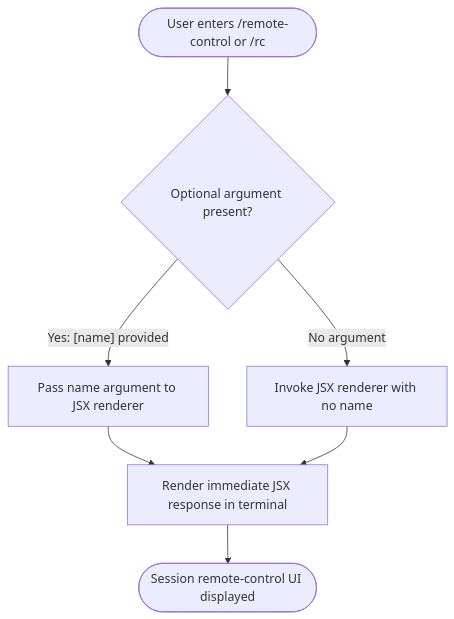
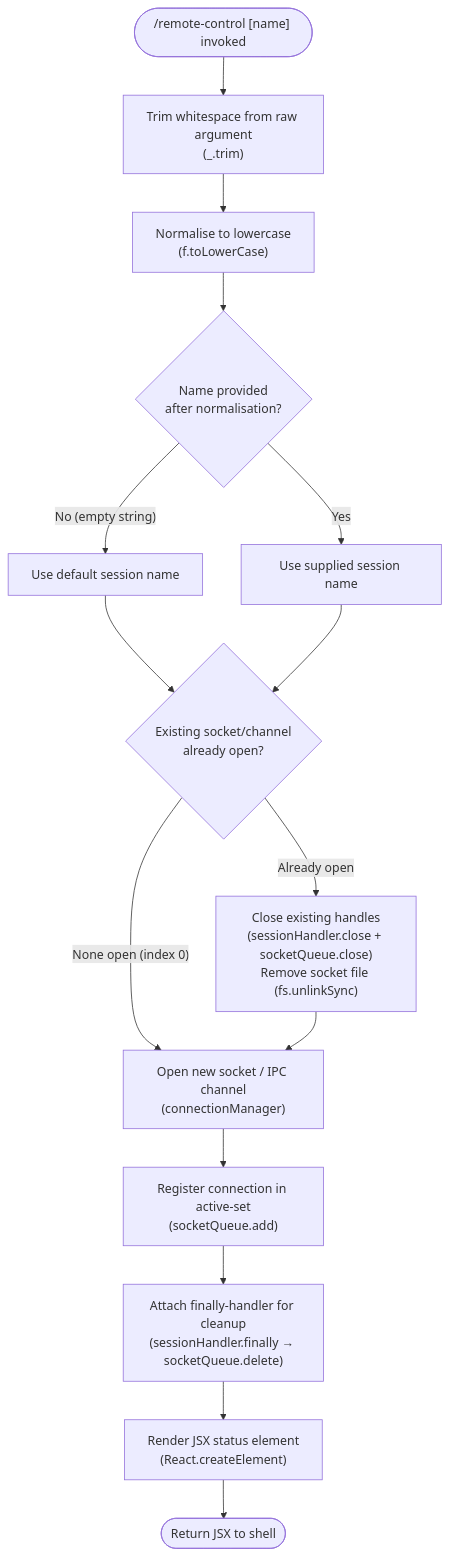
One commit to MyLittleLuckyDog/cc-gnothi changed the diagram in versions/v2.1.144/remote-control.md. Above: the diagram before and after it, drawn with Mermaid. The commit also changed other lines of this file and 483 other files, not shown here.

````diff
--- a/versions/v2.1.144/remote-control.md
+++ b/versions/v2.1.144/remote-control.md
@@ -48,9 +55,17 @@
 ```mermaid
 flowchart TD
-    A([User enters /remote-control or /rc]) --> B{Optional argument present?}
-    B -- "Yes: [name] provided" --> C[Pass name argument to JSX renderer]
-    B -- "No argument" --> D[Invoke JSX renderer with no name]
-    C --> E[Render immediate JSX response in terminal]
-    D --> E
-    E --> F([Session remote-control UI displayed])
+    A(["/remote-control [name] invoked"]) --> B["Trim whitespace from raw argument\n(_.trim)"]
+    B --> C["Normalise to lowercase\n(f.toLowerCase)"]
+    C --> D{Name provided\nafter normalisation?}
+    D -- "No (empty string)" --> E["Use default session name"]
+    D -- "Yes" --> F["Use supplied session name"]
+    E --> G{Existing socket/channel\nalready open?}
+    F --> G
+    G -- "None open (index 0)" --> H["Open new socket / IPC channel\n(connectionManager)"]
+    G -- "Already open" --> I["Close existing handles\n(sessionHandler.close + socketQueue.close)\nRemove socket file (fs.unlinkSync)"]
+    I --> H
+    H --> J["Register connection in active-set\n(socketQueue.add)"]
+    J --> K["Attach finally-handler for cleanup\n(sessionHandler.finally → socketQueue.delete)"]
+    K --> L["Render JSX status element\n(React.createElement)"]
+    L --> M([Return JSX to shell])
 ```
````
